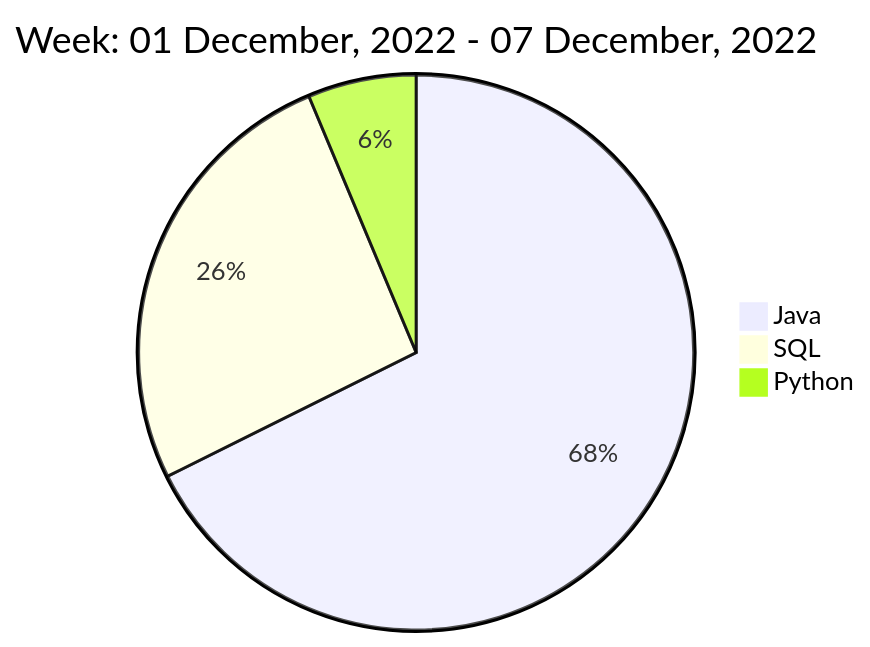
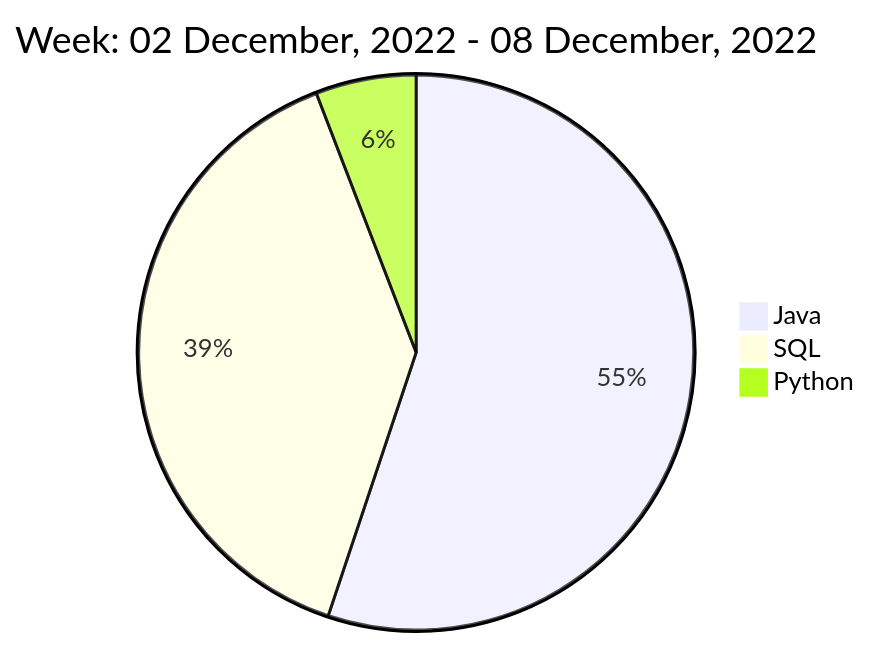
One commit to liubin95/liubin95 changed the diagram in README.md. Above: the diagram before and after it, drawn with Mermaid.

Commit message:
Updated the Graph with new Metrics

````diff
--- a/README.md
+++ b/README.md
@@ -40,7 +40,7 @@
 ```mermaid
  pie
-title Week: 01 December, 2022 - 07 December, 2022
- "Java" : 12.65
- "SQL" : 4.87
+title Week: 02 December, 2022 - 08 December, 2022
+ "Java" : 11.12
+ "SQL" : 7.87
  "Python" : 1.18
 ```
````
